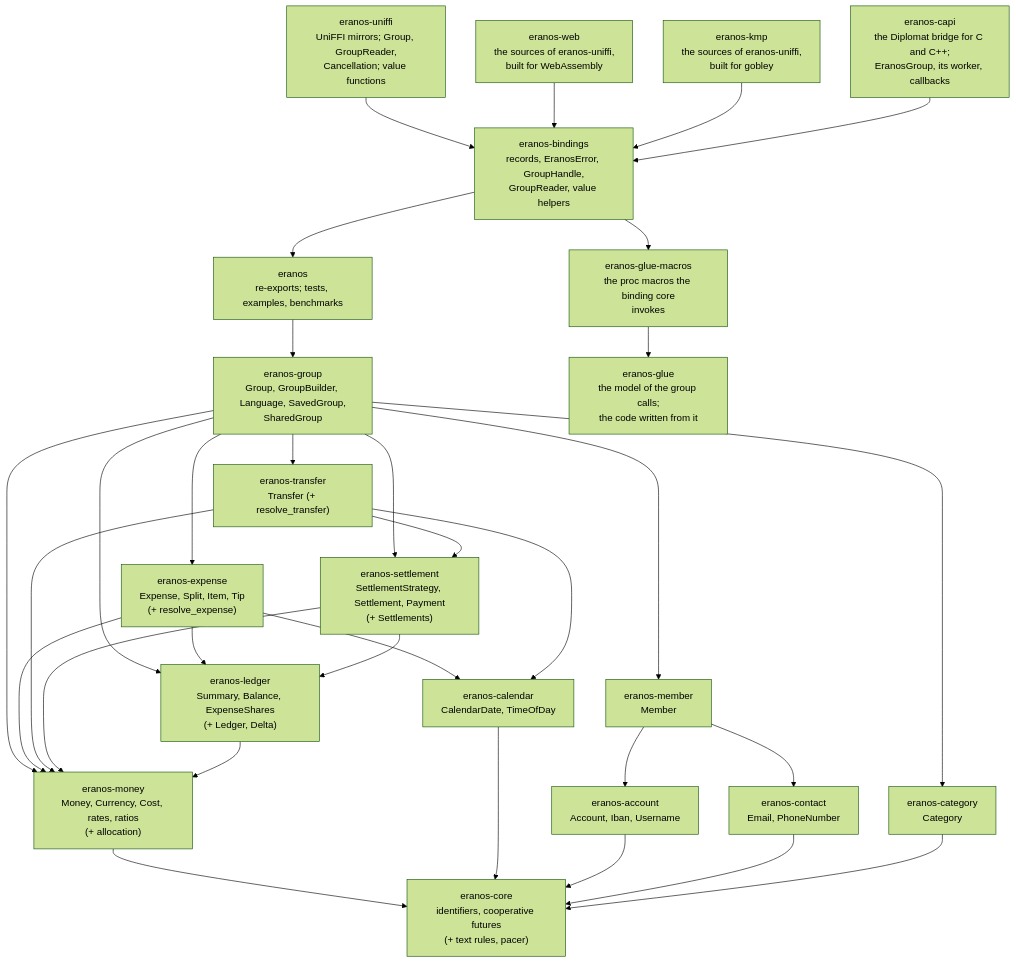
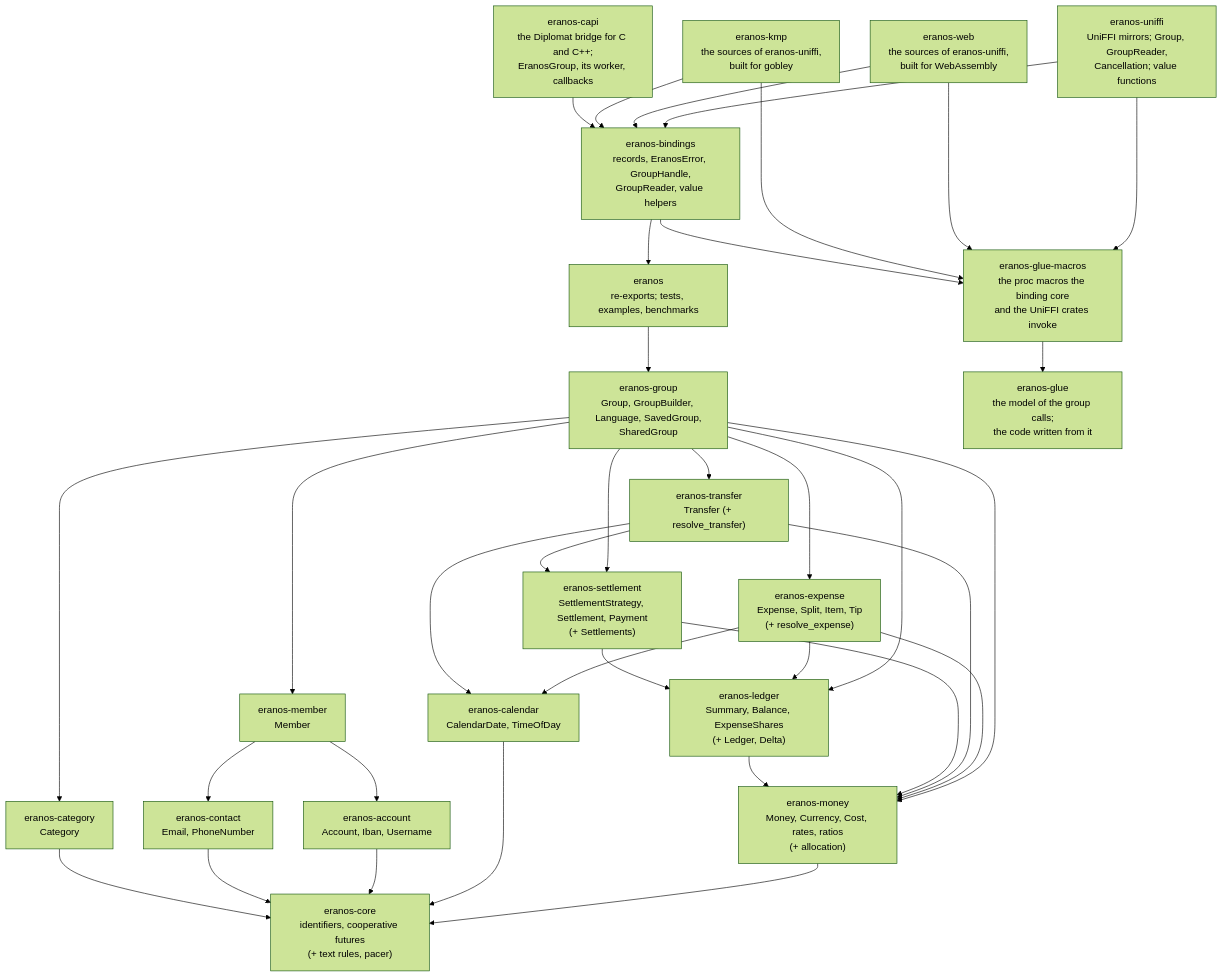
The first of 3 diagrams in docs/ARCHITECTURE.md (cristiancristea00/eranos), drawn with Mermaid (forest theme) before and after one commit. The commit also changed other lines of this file and 25 other files, not shown here.

````diff
--- a/docs/ARCHITECTURE.md
+++ b/docs/ARCHITECTURE.md
@@ -85,54 +85,57 @@
 ```mermaid
 flowchart TD
     UNIFFI["eranos-uniffi<br/>UniFFI mirrors; Group, GroupReader,<br/>Cancellation; value functions"]
     WEB["eranos-web<br/>the sources of eranos-uniffi,<br/>built for WebAssembly"]
     KMP["eranos-kmp<br/>the sources of eranos-uniffi,<br/>built for gobley"]
     CAPI["eranos-capi<br/>the Diplomat bridge for C and C++;<br/>EranosGroup, its worker, callbacks"]
     BINDINGS["eranos-bindings<br/>records, EranosError, GroupHandle,<br/>GroupReader, value helpers"]
     FACADE["eranos<br/>re-exports; tests, examples, benchmarks"]
     GROUP["eranos-group<br/>Group, GroupBuilder, Language, SavedGroup,<br/>SharedGroup"]
     EXPENSE["eranos-expense<br/>Expense, Split, Item, Tip<br/>(+ resolve_expense)"]
     TRANSFER["eranos-transfer<br/>Transfer (+ resolve_transfer)"]
     MEMBER["eranos-member<br/>Member"]
     CATEGORY["eranos-category<br/>Category"]
     SETTLEMENT["eranos-settlement<br/>SettlementStrategy, Settlement, Payment<br/>(+ Settlements)"]
     ACCOUNT["eranos-account<br/>Account, Iban, Username"]
     CONTACT["eranos-contact<br/>Email, PhoneNumber"]
     LEDGER["eranos-ledger<br/>Summary, Balance, ExpenseShares<br/>(+ Ledger, Delta)"]
     CALENDAR["eranos-calendar<br/>CalendarDate, TimeOfDay"]
     MONEY["eranos-money<br/>Money, Currency, Cost, rates, ratios<br/>(+ allocation)"]
     CORE["eranos-core<br/>identifiers, cooperative futures<br/>(+ text rules, pacer)"]
-    MACROS["eranos-glue-macros<br/>the proc macros the binding core<br/>invokes"]
+    MACROS["eranos-glue-macros<br/>the proc macros the binding core<br/>and the UniFFI crates invoke"]
     GLUE["eranos-glue<br/>the model of the group calls;<br/>the code written from it"]
     UNIFFI --> BINDINGS
     WEB --> BINDINGS
     KMP --> BINDINGS
+    UNIFFI --> MACROS
+    WEB --> MACROS
+    KMP --> MACROS
     CAPI --> BINDINGS
     BINDINGS --> FACADE
     BINDINGS --> MACROS
     MACROS --> GLUE
     FACADE --> GROUP
     GROUP --> EXPENSE
     GROUP --> TRANSFER
     GROUP --> MEMBER
     GROUP --> CATEGORY
     GROUP --> SETTLEMENT
     GROUP --> LEDGER
     GROUP --> MONEY
     EXPENSE --> LEDGER
     EXPENSE --> CALENDAR
     EXPENSE --> MONEY
     TRANSFER --> SETTLEMENT
     TRANSFER --> CALENDAR
     TRANSFER --> MONEY
     MEMBER --> ACCOUNT
     MEMBER --> CONTACT
     SETTLEMENT --> LEDGER
     SETTLEMENT --> MONEY
     LEDGER --> MONEY
     MONEY --> CORE
     CALENDAR --> CORE
     ACCOUNT --> CORE
     CONTACT --> CORE
     CATEGORY --> CORE
 ```
````
